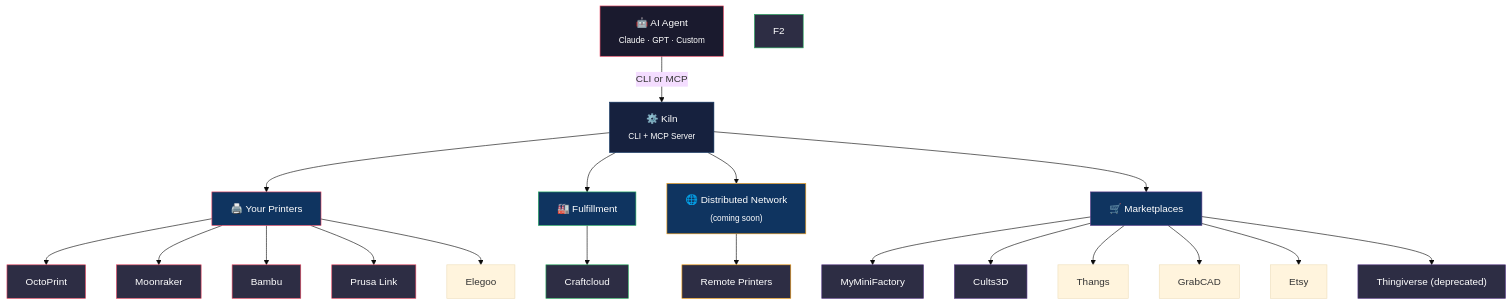
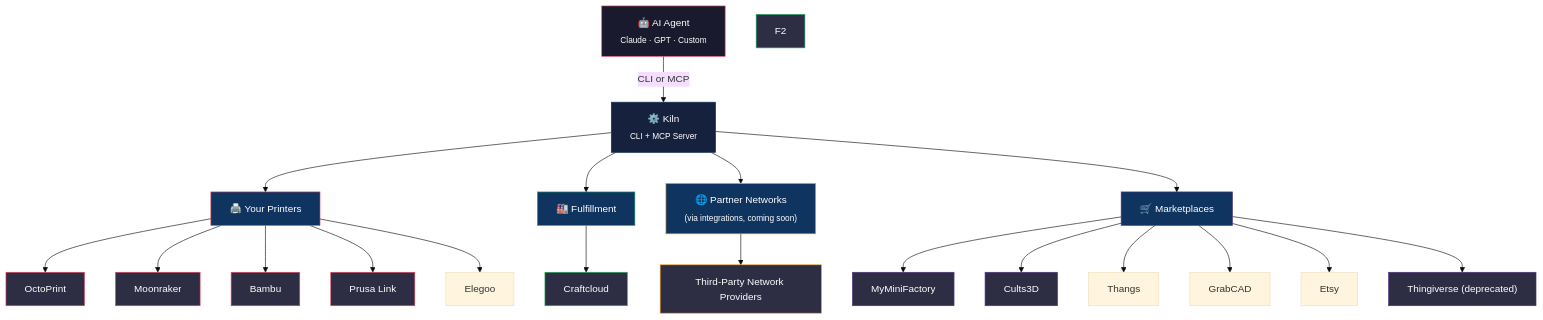
Before and after one commit to codeofaxel/Kiln: the diagram in README.md, drawn with Mermaid (base theme). The commit also changed other lines of this file and 7 other files, not shown here.

Commit message:
docs: clarify product boundary (orchestration layer, not first-party network)

````diff
--- a/README.md
+++ b/README.md
@@ -59,44 +69,44 @@
 ```mermaid
 graph TD
     A["🤖 AI Agent<br/><sub>Claude · GPT · Custom</sub>"]
     A -->|"CLI or MCP"| B["⚙️ Kiln<br/><sub>CLI + MCP Server</sub>"]
 
     B --> C["🖨️ Your Printers"]
     B --> F["🏭 Fulfillment"]
-    B --> N["🌐 Distributed Network<br/><sub>(coming soon)</sub>"]
+    B --> N["🌐 Partner Networks<br/><sub>(via integrations, coming soon)</sub>"]
     B --> D["🛒 Marketplaces"]
 
     C --> E1["OctoPrint"]
     C --> E2["Moonraker"]
     C --> E3["Bambu"]
     C --> E4["Prusa Link"]
     C --> E5["Elegoo"]
 
     F --> F1["Craftcloud"]
 
-    N --> N1["Remote Printers"]
+    N --> N1["Third-Party Network Providers"]
 
     D --> I["MyMiniFactory"]
     D --> J["Cults3D"]
     D --> K["Thangs"]
     D --> L["GrabCAD"]
     D --> M["Etsy"]
     D --> H["Thingiverse (deprecated)"]
 
     style A fill:#1a1a2e,stroke:#e94560,color:#fff
     style B fill:#16213e,stroke:#0f3460,color:#fff
     style C fill:#0f3460,stroke:#e94560,color:#fff
     style F fill:#0f3460,stroke:#27ae60,color:#fff
     style N fill:#0f3460,stroke:#f39c12,color:#fff
     style D fill:#0f3460,stroke:#533483,color:#fff
     style E1 fill:#2d2d44,stroke:#e94560,color:#fff
     style E2 fill:#2d2d44,stroke:#e94560,color:#fff
     style E3 fill:#2d2d44,stroke:#e94560,color:#fff
     style E4 fill:#2d2d44,stroke:#e94560,color:#fff
     style F1 fill:#2d2d44,stroke:#27ae60,color:#fff
     style F2 fill:#2d2d44,stroke:#27ae60,color:#fff
     style N1 fill:#2d2d44,stroke:#f39c12,color:#fff
     style H fill:#2d2d44,stroke:#533483,color:#fff
     style I fill:#2d2d44,stroke:#533483,color:#fff
     style J fill:#2d2d44,stroke:#533483,color:#fff
 ```
````
